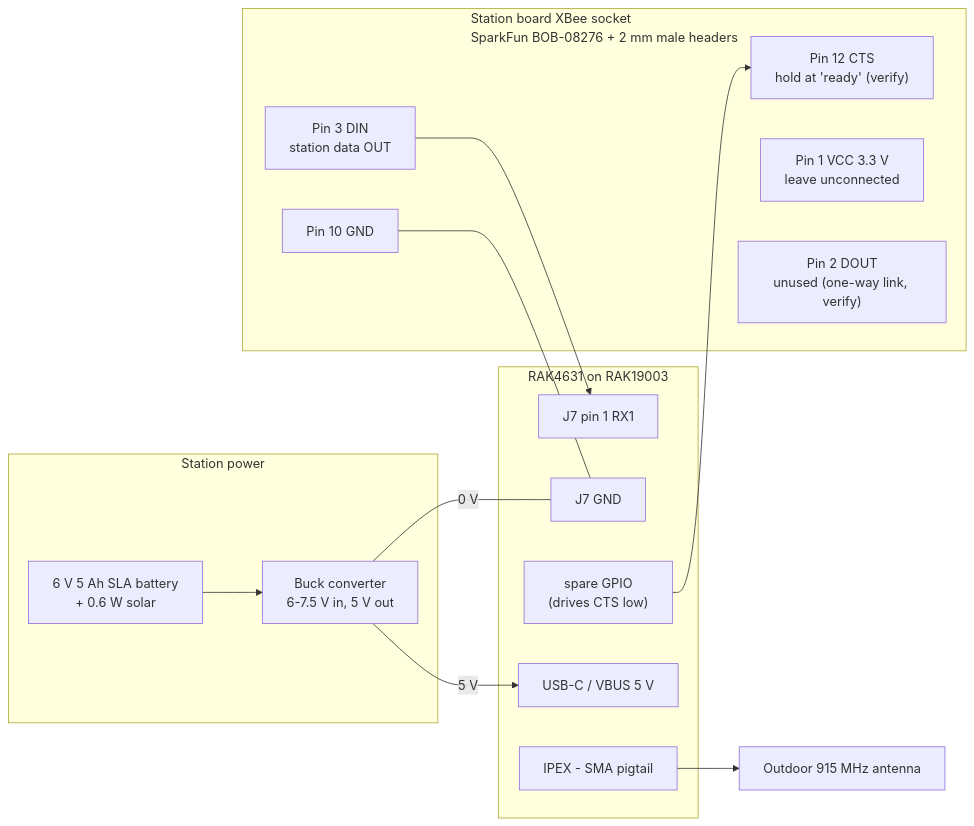
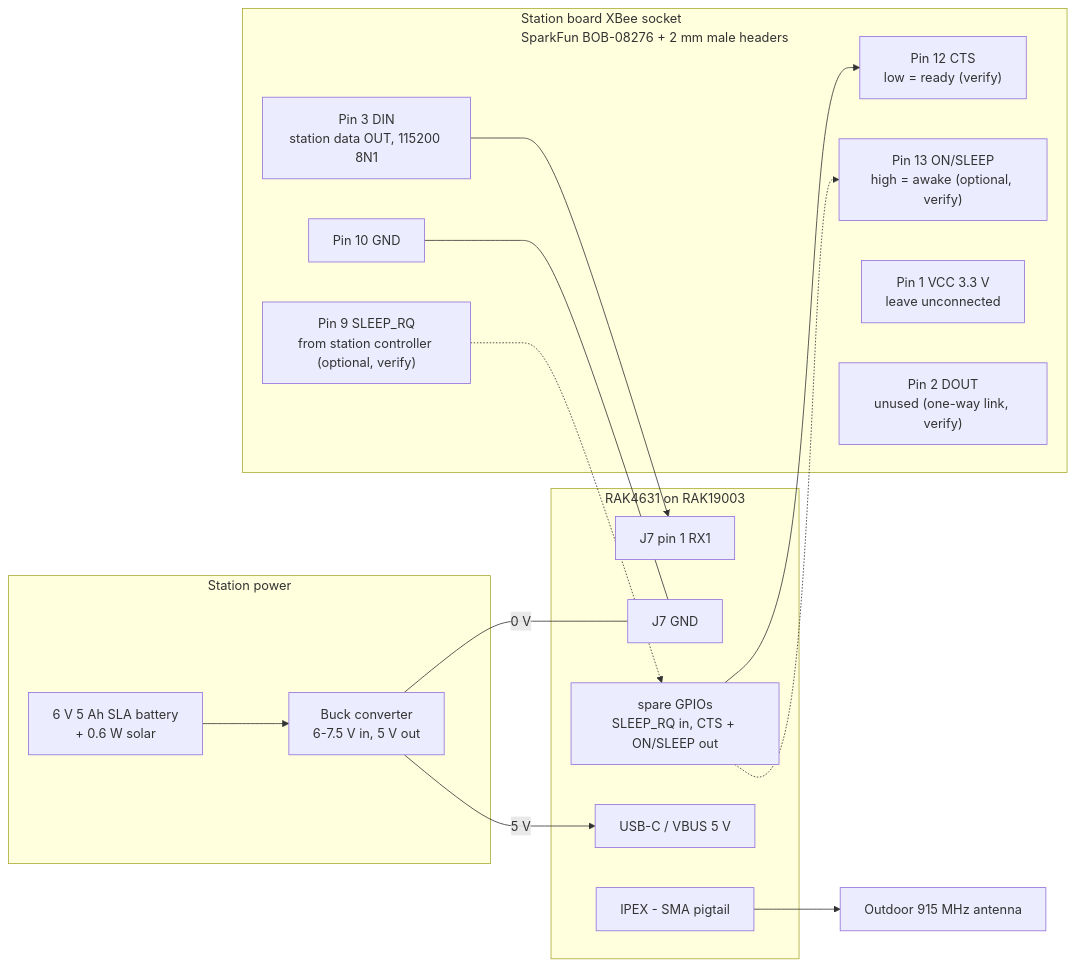
One commit to cvopicka/Rainwise-Wireless-Info changed the second of 4 diagrams in docs/hardware.md. Above: the diagram before and after it, drawn with Mermaid. The commit also changed other lines of this file and 4 other files, not shown here.

````diff
--- a/docs/hardware.md
+++ b/docs/hardware.md
@@ -143,28 +147,32 @@
 ```mermaid
 flowchart LR
   subgraph PWR["Station power"]
     BAT["6 V 5 Ah SLA battery<br/>+ 0.6 W solar"]
     BUCK["Buck converter<br/>6-7.5 V in, 5 V out"]
     BAT --> BUCK
   end
   subgraph SOCK["Station board XBee socket<br/>SparkFun BOB-08276 + 2 mm male headers"]
-    P3["Pin 3 DIN<br/>station data OUT"]
+    P3["Pin 3 DIN<br/>station data OUT, 115200 8N1"]
     P10["Pin 10 GND"]
-    P12["Pin 12 CTS<br/>hold at 'ready' (verify)"]
+    P9["Pin 9 SLEEP_RQ<br/>from station controller (optional, verify)"]
+    P12["Pin 12 CTS<br/>low = ready (verify)"]
+    P13["Pin 13 ON/SLEEP<br/>high = awake (optional, verify)"]
     P1["Pin 1 VCC 3.3 V<br/>leave unconnected"]
     P2["Pin 2 DOUT<br/>unused (one-way link, verify)"]
   end
   subgraph RAK["RAK4631 on RAK19003"]
     RX1["J7 pin 1 RX1"]
     GND["J7 GND"]
-    GPIO["spare GPIO<br/>(drives CTS low)"]
+    GPIO["spare GPIOs<br/>SLEEP_RQ in, CTS + ON/SLEEP out"]
     VBUS["USB-C / VBUS 5 V"]
     ANT["IPEX - SMA pigtail"]
   end
   P3 --> RX1
   P10 --- GND
+  P9 -.-> GPIO
   GPIO --> P12
+  GPIO -.-> P13
   BUCK -- "5 V" --> VBUS
   BUCK -- "0 V" --- GND
   ANT --> OUT["Outdoor 915 MHz antenna"]
 ```
````
